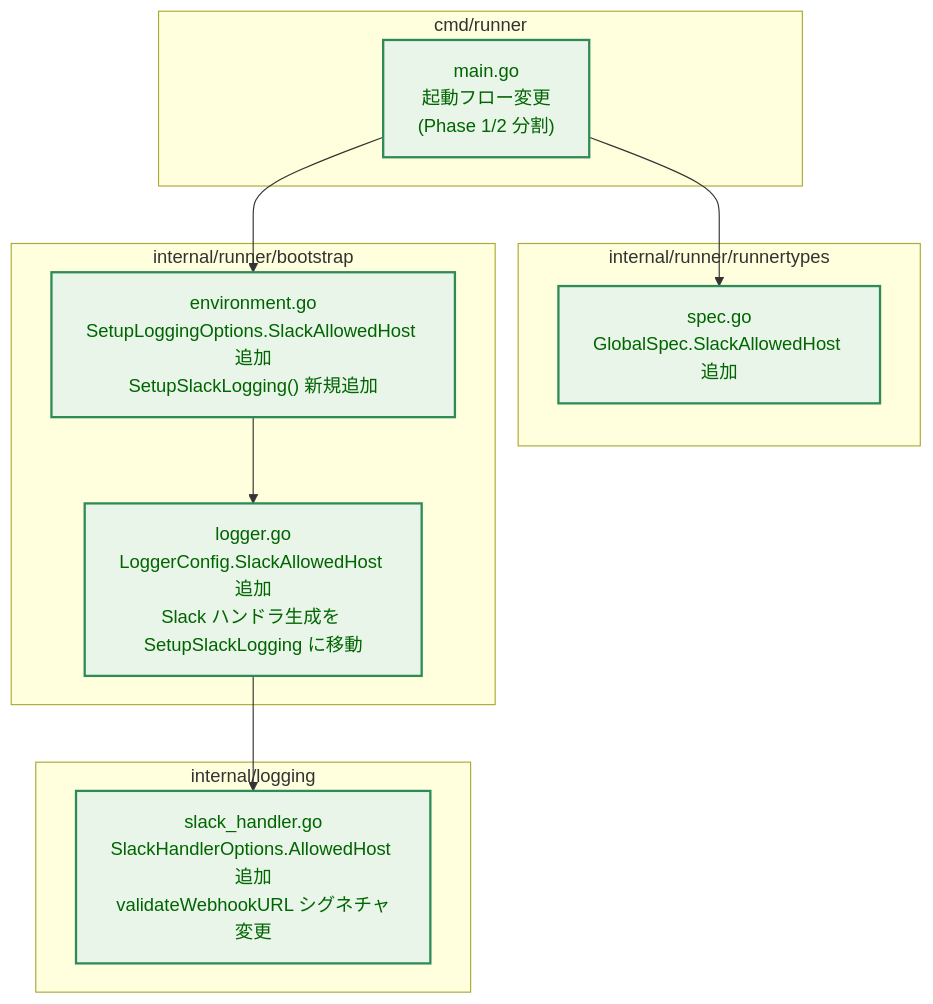
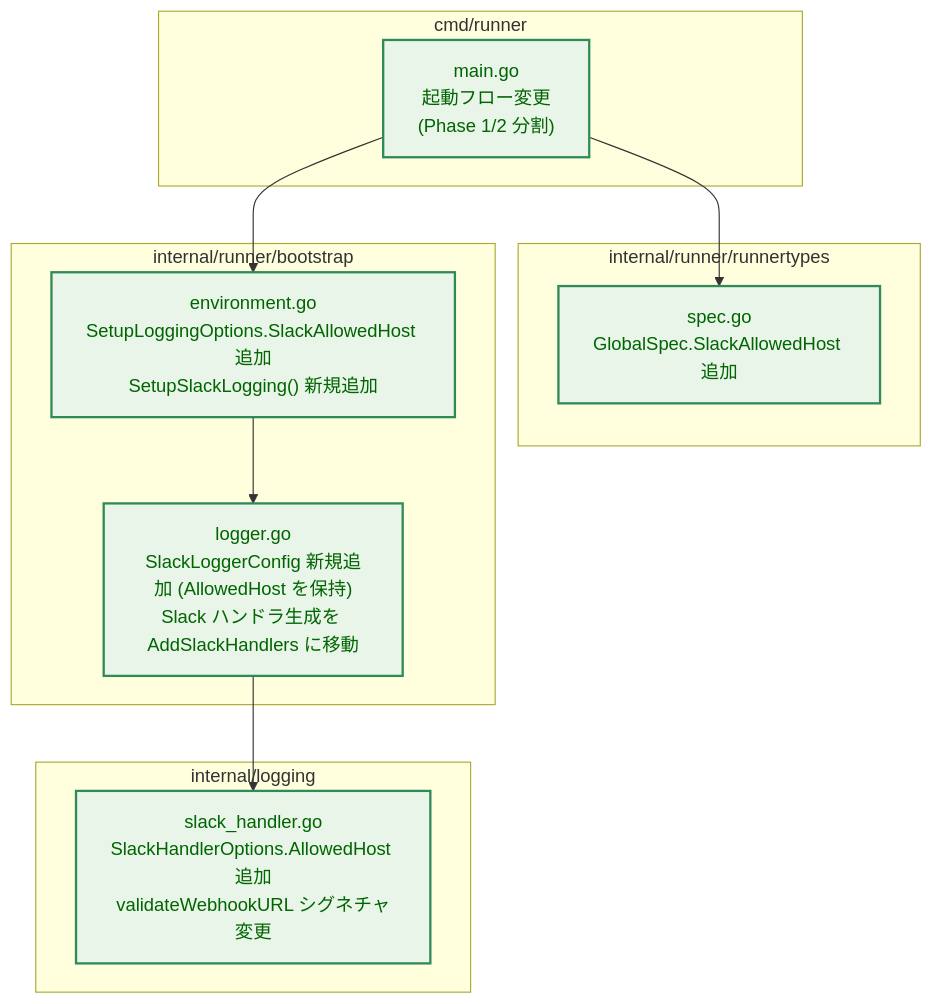
One commit to isseis/go-safe-cmd-runner changed the fourth of 9 diagrams in docs/tasks/0091_slack_webhook_allowlist/02_architecture.md. Above: the diagram before and after it, drawn with Mermaid.

Commit message:
docs(0091): fix logger.go node in architecture diagram to show SlackLoggerConfig
The diagram claimed LoggerConfig.SlackAllowedHost is added, contradicting the
spec which defines LoggerConfig as Phase 1-only with no Slack fields.
AllowedHost is carried by the new SlackLoggerConfig (Phase 2) instead.
Also corrects the function name from SetupSlackLogging to AddSlackHandlers,
which is the actual logger.go entry point.

````diff
--- a/docs/tasks/0091_slack_webhook_allowlist/02_architecture.md
+++ b/docs/tasks/0091_slack_webhook_allowlist/02_architecture.md
@@ -94,30 +94,30 @@
 ```mermaid
 graph TB
     classDef data fill:#e6f7ff,stroke:#1f77b4,stroke-width:1px,color:#0b3d91;
     classDef process fill:#fff1e6,stroke:#ff7f0e,stroke-width:1px,color:#8a3e00;
     classDef enhanced fill:#e8f5e8,stroke:#2e8b57,stroke-width:2px,color:#006400;
 
     subgraph "cmd/runner"
         MAIN["main.go<br>起動フロー変更<br>(Phase 1/2 分割)"]
     end
 
     subgraph "internal/runner/runnertypes"
         SPEC["spec.go<br>GlobalSpec.SlackAllowedHost 追加"]
     end
 
     subgraph "internal/runner/bootstrap"
         ENV["environment.go<br>SetupLoggingOptions.SlackAllowedHost 追加<br>SetupSlackLogging() 新規追加"]
-        LOG["logger.go<br>LoggerConfig.SlackAllowedHost 追加<br>Slack ハンドラ生成を SetupSlackLogging に移動"]
+        LOG["logger.go<br>SlackLoggerConfig 新規追加 (AllowedHost を保持)<br>Slack ハンドラ生成を AddSlackHandlers に移動"]
     end
 
     subgraph "internal/logging"
         SH["slack_handler.go<br>SlackHandlerOptions.AllowedHost 追加<br>validateWebhookURL シグネチャ変更"]
     end
 
     MAIN --> ENV
     MAIN --> SPEC
     ENV --> LOG
     LOG --> SH
 
     class MAIN,SPEC,ENV,LOG,SH enhanced;
 ```
````
